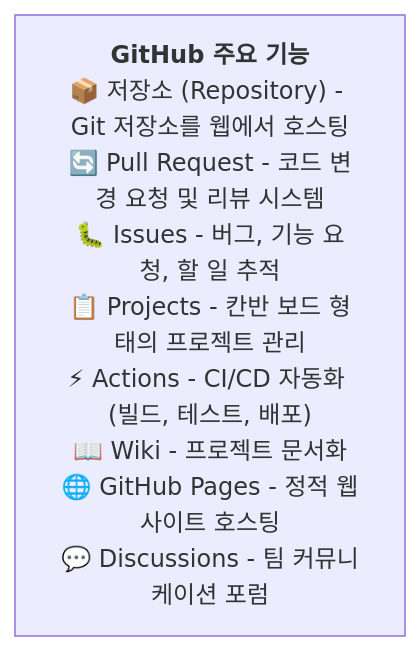
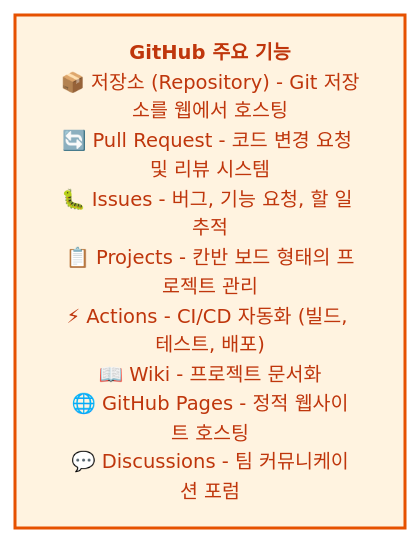
Before and after one commit to jingu279/Document: the first of 2 diagrams in git/06_GitHub/01_GitHub_소개.md, drawn with Mermaid. The commit also changed other lines of this file and 24 other files, not shown here.

First line of the commit message:
Git 문서 전체 Mermaid 다이어그램 스타일링 통일

````diff
--- a/git/06_GitHub/01_GitHub_소개.md
+++ b/git/06_GitHub/01_GitHub_소개.md
@@ -25,4 +25,10 @@
 ```mermaid
+%%{init: {'theme': 'base', 'themeVariables': {'fontSize': '13px'}}}%%
 flowchart TB
-  Features["<b>GitHub 주요 기능</b><br/>📦 저장소 (Repository) - Git 저장소를 웹에서 호스팅<br/>🔄 Pull Request - 코드 변경 요청 및 리뷰 시스템<br/>🐛 Issues - 버그, 기능 요청, 할 일 추적<br/>📋 Projects - 칸반 보드 형태의 프로젝트 관리<br/>⚡ Actions - CI/CD 자동화 (빌드, 테스트, 배포)<br/>📖 Wiki - 프로젝트 문서화<br/>🌐 GitHub Pages - 정적 웹사이트 호스팅<br/>💬 Discussions - 팀 커뮤니케이션 포럼"]
+  classDef main fill:#fff3e0,stroke:#e65100,stroke-width:2px,color:#bf360c
+  classDef sub fill:#e8f5e9,stroke:#2e7d32,stroke-width:2px,color:#1b5e20
+  classDef proc fill:#e3f2fd,stroke:#1565c0,stroke-width:2px,color:#0d47a1
+  classDef decision fill:#fff9c4,stroke:#f9a825,stroke-width:2px,color:#e65100
+  classDef highlight fill:#f3e5f5,stroke:#6a1b9a,stroke-width:2px,color:#4a148c
+  Features["<b>GitHub 주요 기능</b><br/>📦 저장소 (Repository) - Git 저장소를 웹에서 호스팅<br/>🔄 Pull Request - 코드 변경 요청 및 리뷰 시스템<br/>🐛 Issues - 버그, 기능 요청, 할 일 추적<br/>📋 Projects - 칸반 보드 형태의 프로젝트 관리<br/>⚡ Actions - CI/CD 자동화 (빌드, 테스트, 배포)<br/>📖 Wiki - 프로젝트 문서화<br/>🌐 GitHub Pages - 정적 웹사이트 호스팅<br/>💬 Discussions - 팀 커뮤니케이션 포럼"]:::main
 ```
````
